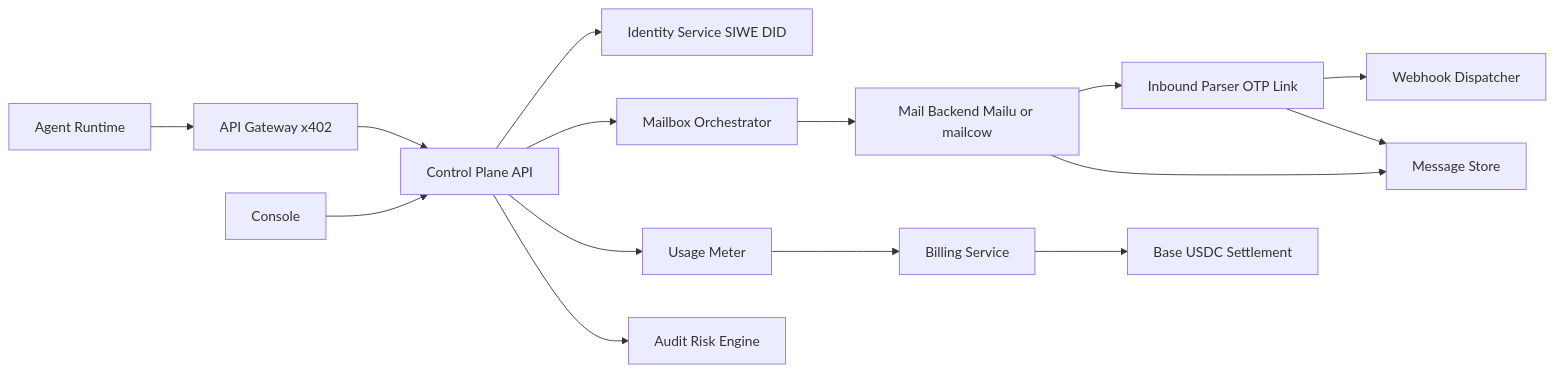
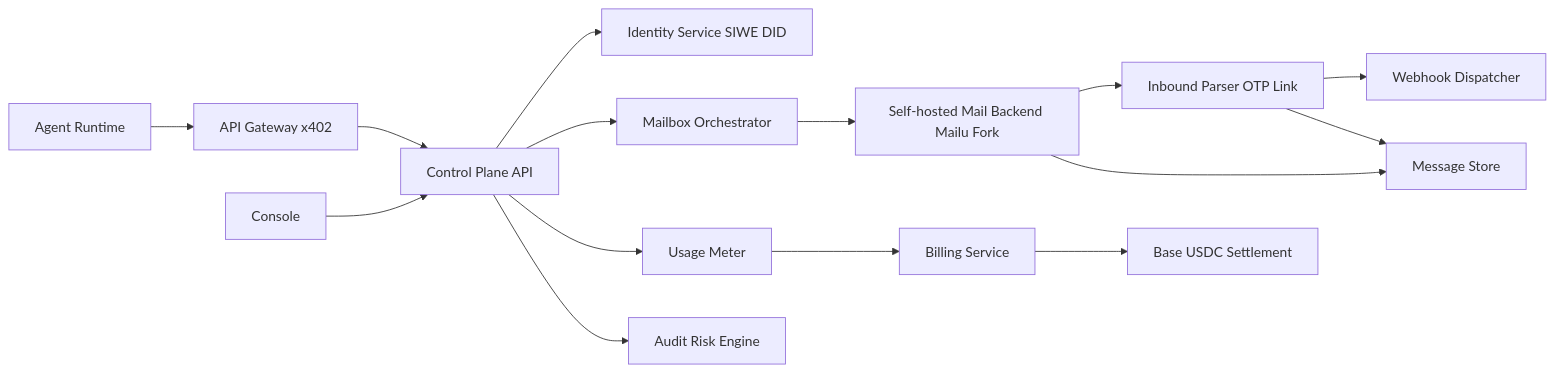
One commit to haocn-ops/mailagents changed the diagram in docs/development.md. Above: the diagram before and after it, drawn with Mermaid. The commit also changed other lines of this file and 18 other files, not shown here.

Commit message:
docs: establish mailu fork architecture baseline

````diff
--- a/docs/development.md
+++ b/docs/development.md
@@ -28,17 +28,17 @@
 ```mermaid
 flowchart LR
   A[Agent Runtime] --> B[API Gateway x402]
   C[Console] --> D[Control Plane API]
   B --> D
   D --> E[Identity Service SIWE DID]
   D --> F[Mailbox Orchestrator]
-  F --> G[Mail Backend Mailu or mailcow]
+  F --> G[Self-hosted Mail Backend Mailu Fork]
   G --> H[Inbound Parser OTP Link]
   H --> I[Webhook Dispatcher]
   D --> J[Usage Meter]
   J --> K[Billing Service]
   K --> L[Base USDC Settlement]
   D --> M[Audit Risk Engine]
   G --> N[Message Store]
   H --> N
 ```
````
